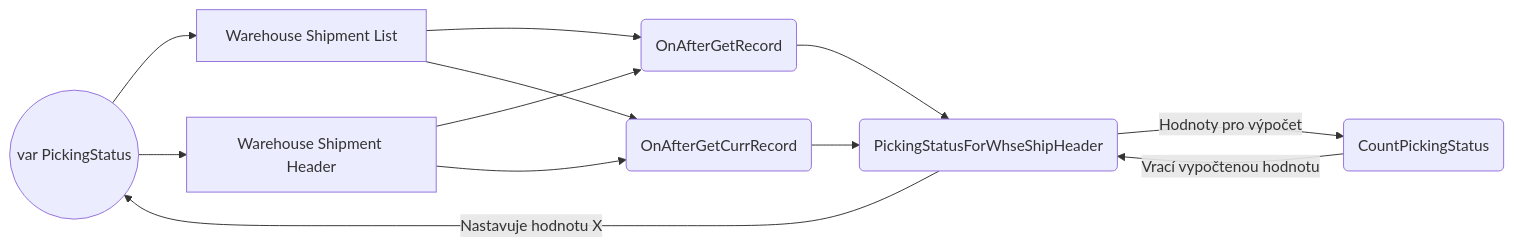
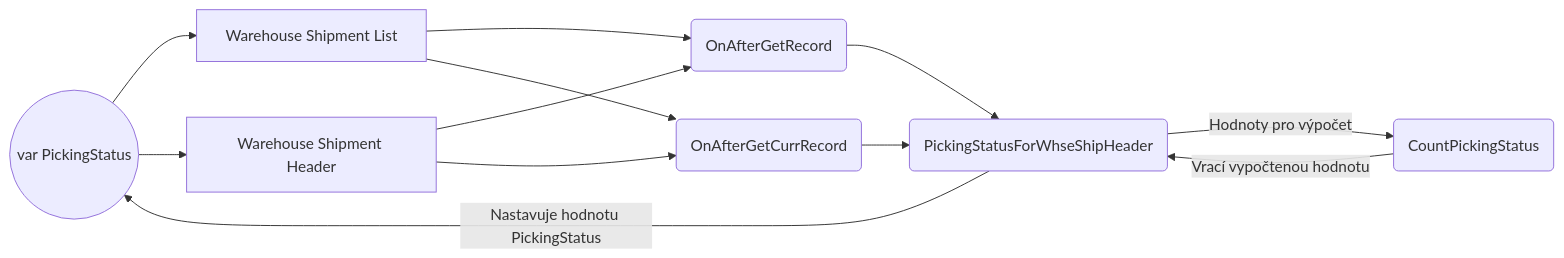
One commit to Pklimki/NVR changed the diagram in Fields/Vypočítaná hodnota na page.md. Above: the diagram before and after it, drawn with Mermaid.

Commit message:
Update Vypočítaná hodnota na page.md

````diff
--- a/Fields/Vypočítaná hodnota na page.md
+++ b/Fields/Vypočítaná hodnota na page.md
@@ -25,9 +25,9 @@
 ```mermaid
 graph LR
 A((var PickingStatus)) --> B[Warehouse Shipment List] --> C(OnAfterGetRecord) --> E(PickingStatusForWhseShipHeader)
 A --> G[Warehouse Shipment Header] --> C
 G --> D
 B --> D(OnAfterGetCurrRecord) --> E
-E -- Nastavuje hodnotu X --> A
+E -- Nastavuje hodnotu PickingStatus --> A
 E -- Hodnoty pro výpočet --> F(CountPickingStatus) -- Vrací vypočtenou hodnotu --> E
 ```
````
